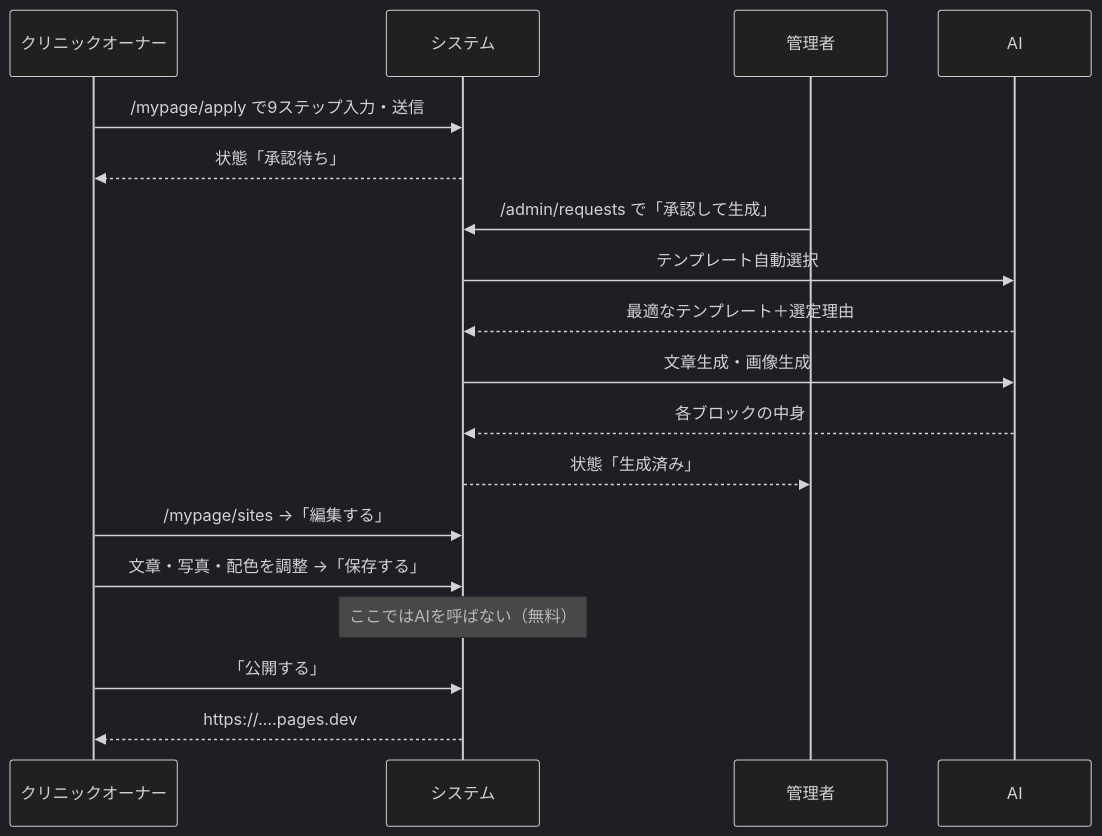
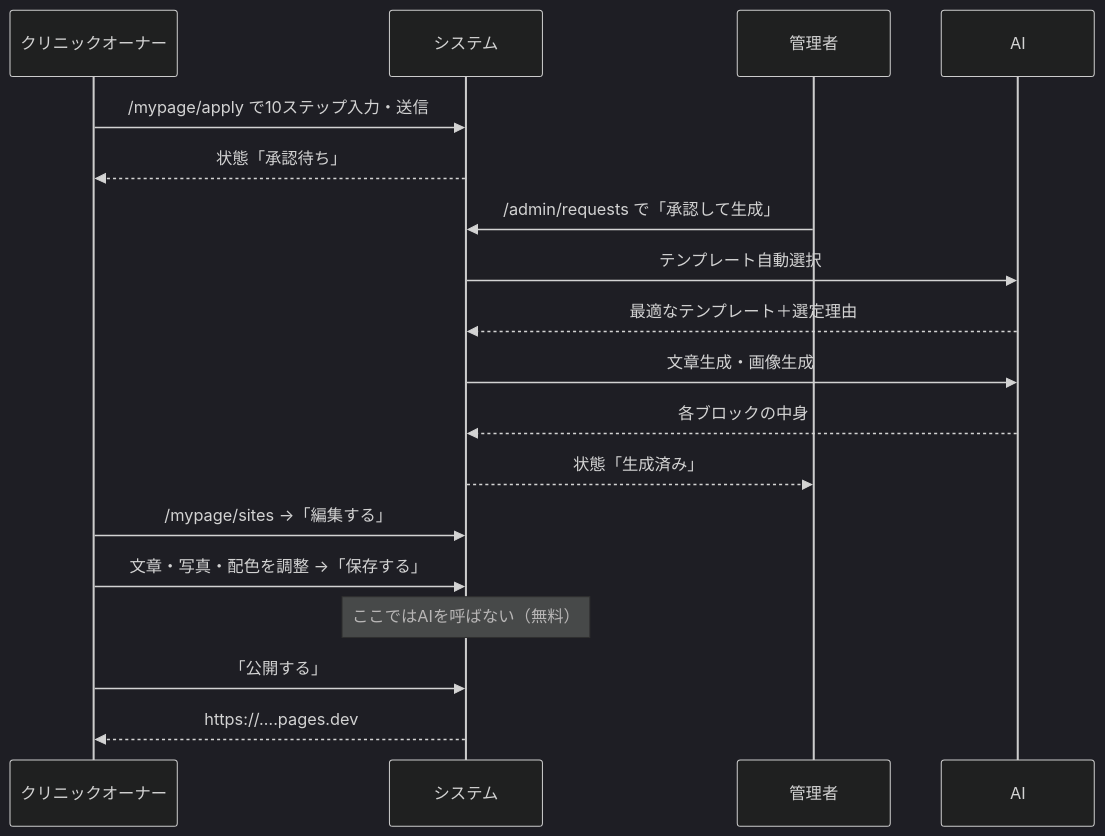
Before and after one commit to codegenius-1998/Clinc-HP: the second of 2 diagrams in docs/SCREENS.md, drawn with Mermaid (dark theme). The commit also changed other lines of this file and 26 other files, not shown here.

````diff
--- a/docs/SCREENS.md
+++ b/docs/SCREENS.md
@@ -809,21 +803,21 @@
 ```mermaid
 sequenceDiagram
   participant O as クリニックオーナー
   participant S as システム
   participant A as 管理者
   participant AI as AI
 
-  O->>S: /mypage/apply で9ステップ入力・送信
+  O->>S: /mypage/apply で10ステップ入力・送信
   S-->>O: 状態「承認待ち」
   A->>S: /admin/requests で「承認して生成」
   S->>AI: テンプレート自動選択
   AI-->>S: 最適なテンプレート＋選定理由
   S->>AI: 文章生成・画像生成
   AI-->>S: 各ブロックの中身
   S-->>A: 状態「生成済み」
   O->>S: /mypage/sites →「編集する」
   O->>S: 文章・写真・配色を調整 →「保存する」
   Note over S: ここではAIを呼ばない（無料）
   O->>S: 「公開する」
   S-->>O: https://….pages.dev
 ```
````
